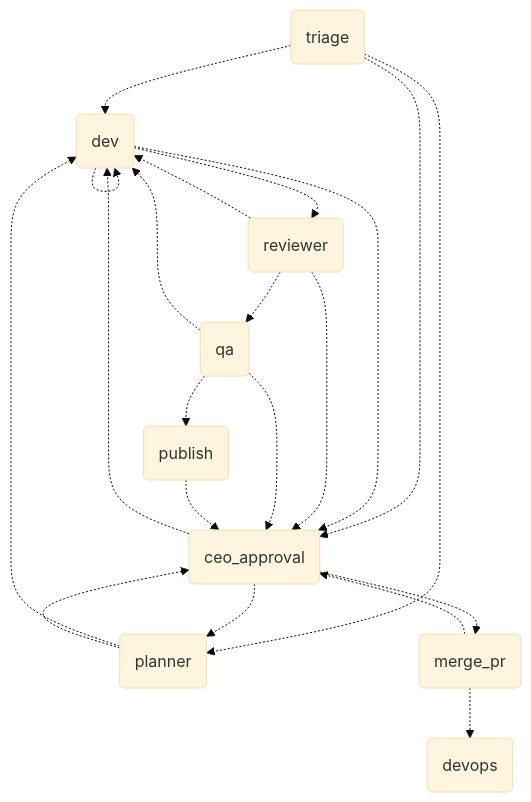
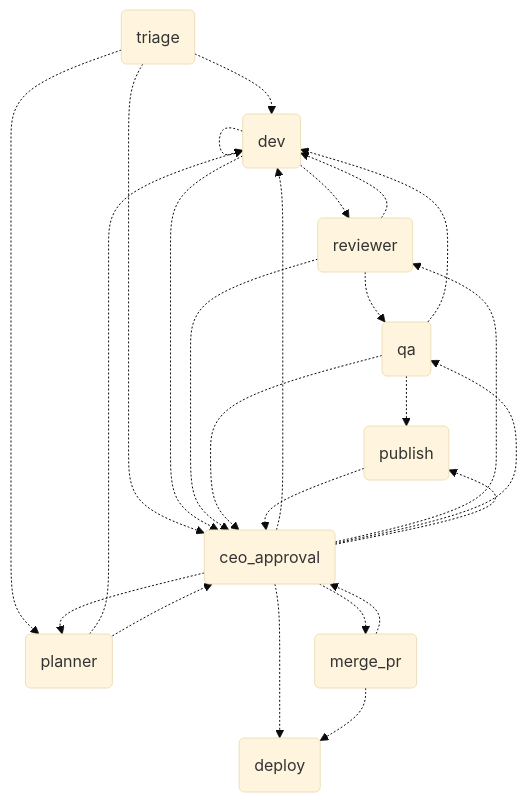
Before and after one commit to venturelli-91/agent-softhouse-orchestrator: the diagram in orchestrator/README.md, drawn with Mermaid (base theme).

Commit message:
docs(orchestrator): fix the graph diagram to match the real nodes and edges

````diff
--- a/orchestrator/README.md
+++ b/orchestrator/README.md
@@ -5,32 +5,36 @@
 ```mermaid
 graph TD;
   triage(triage)
   planner(planner)
   dev(dev)
   reviewer(reviewer)
   qa(qa)
   publish(publish)
   ceo_approval(ceo_approval)
   merge_pr(merge_pr)
-  devops(devops)
+  deploy(deploy)
   triage -.-> dev;
   triage -.-> planner;
   triage -.-> ceo_approval;
   planner -.-> dev;
   planner -.-> ceo_approval;
   dev -.-> reviewer;
   dev -.-> ceo_approval;
   reviewer -.-> qa;
   reviewer -.-> dev;
   reviewer -.-> ceo_approval;
   qa -.-> publish;
   qa -.-> dev;
   qa -.-> ceo_approval;
   publish -.-> ceo_approval;
   ceo_approval -.-> dev;
   ceo_approval -.-> planner;
+  ceo_approval -.-> reviewer;
+  ceo_approval -.-> qa;
+  ceo_approval -.-> publish;
+  ceo_approval -.-> deploy;
   ceo_approval -.-> merge_pr;
-  merge_pr -.-> devops;
+  merge_pr -.-> deploy;
   merge_pr -.-> ceo_approval;
   dev -.-> dev;
 ```
````
